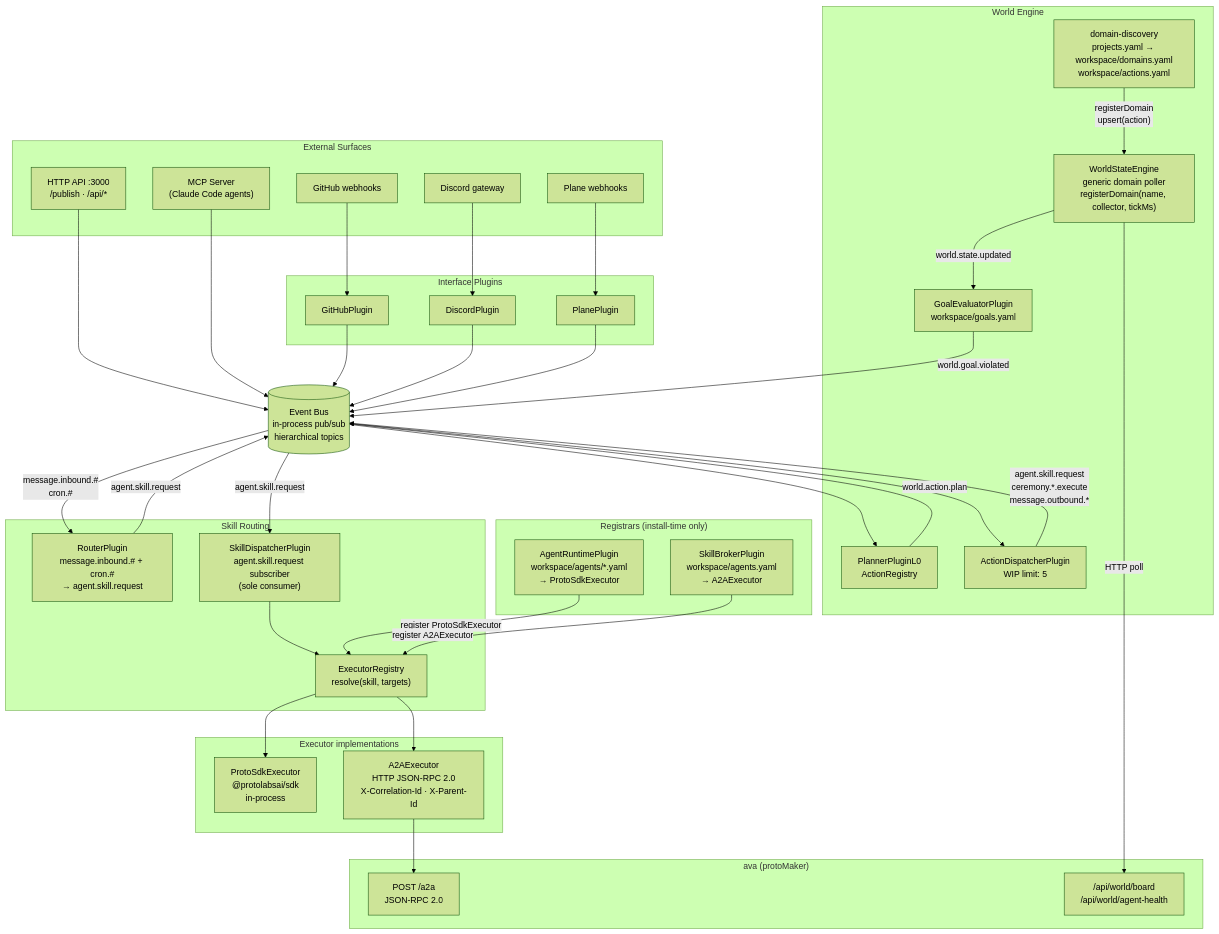
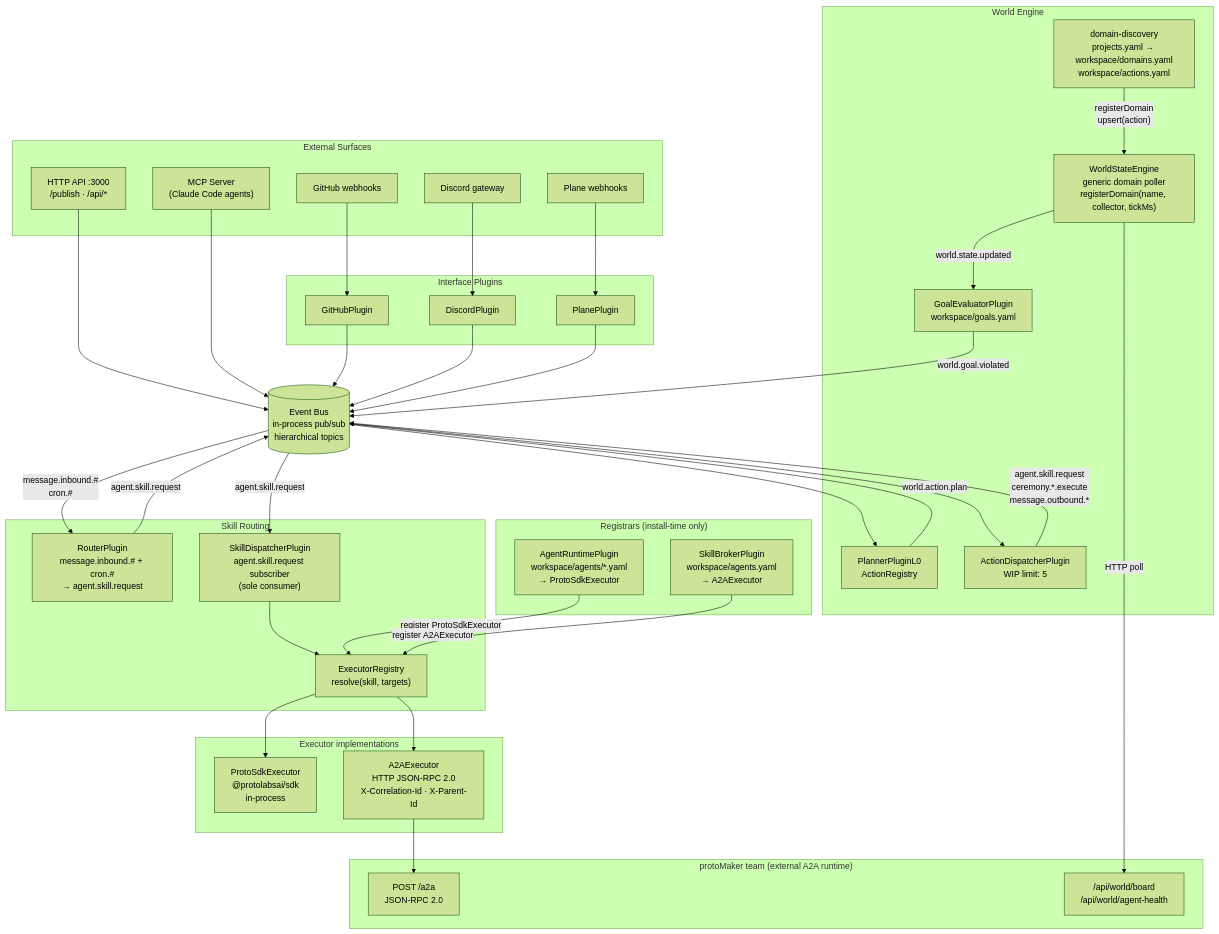
Before and after one commit to protoLabsAI/protoWorkstacean: the first of 2 diagrams in docs/explanation/architecture.md, drawn with Mermaid (forest theme). The commit also changed other lines of this file and 122 other files, not shown here.

````diff
--- a/docs/explanation/architecture.md
+++ b/docs/explanation/architecture.md
@@ -11,75 +11,75 @@
 ```mermaid
 flowchart TD
     subgraph Surfaces["External Surfaces"]
         GH[GitHub webhooks]
         DC[Discord gateway]
         PL[Plane webhooks]
         HTTP["HTTP API :3000\n/publish · /api/*"]
         MCP["MCP Server\n(Claude Code agents)"]
     end
 
     BUS[("Event Bus\nin-process pub/sub\nhierarchical topics")]
 
     subgraph Adapters["Interface Plugins"]
         GHP[GitHubPlugin]
         DCP[DiscordPlugin]
         PLP[PlanePlugin]
     end
 
     subgraph Routing["Skill Routing"]
         RTP["RouterPlugin\nmessage.inbound.# + cron.#\n→ agent.skill.request"]
         SDP["SkillDispatcherPlugin\nagent.skill.request subscriber\n(sole consumer)"]
         REG["ExecutorRegistry\nresolve(skill, targets)"]
     end
 
     subgraph Registrars["Registrars (install-time only)"]
         ART["AgentRuntimePlugin\nworkspace/agents/*.yaml\n→ ProtoSdkExecutor"]
         SKB["SkillBrokerPlugin\nworkspace/agents.yaml\n→ A2AExecutor"]
     end
 
     subgraph Executors["Executor implementations"]
         PSE["ProtoSdkExecutor\n@protolabsai/sdk\nin-process"]
         A2AE["A2AExecutor\nHTTP JSON-RPC 2.0\nX-Correlation-Id · X-Parent-Id"]
     end
 
     subgraph WorldEngine["World Engine"]
         WSE["WorldStateEngine\ngeneric domain poller\nregisterDomain(name, collector, tickMs)"]
         DD["domain-discovery\nprojects.yaml → workspace/domains.yaml\nworkspace/actions.yaml"]
         GEP["GoalEvaluatorPlugin\nworkspace/goals.yaml"]
         PL0["PlannerPluginL0\nActionRegistry"]
         ADP["ActionDispatcherPlugin\nWIP limit: 5"]
     end
 
-    subgraph Ava["ava (protoMaker)"]
-        AVA_A2A["POST /a2a\nJSON-RPC 2.0"]
-        AVA_WORLD["/api/world/board\n/api/world/agent-health"]
+    subgraph ProtoMakerTeam["protoMaker team (external A2A runtime)"]
+        PM_A2A["POST /a2a\nJSON-RPC 2.0"]
+        PM_WORLD["/api/world/board\n/api/world/agent-health"]
     end
 
     GH --> GHP
     DC --> DCP
     PL --> PLP
     HTTP --> BUS
     MCP --> BUS
 
     GHP & DCP & PLP --> BUS
 
     BUS -- "message.inbound.#\ncron.#" --> RTP
     RTP -- "agent.skill.request" --> BUS
     BUS -- "agent.skill.request" --> SDP
     SDP --> REG
     REG --> PSE & A2AE
 
     ART -- "register ProtoSdkExecutor" --> REG
     SKB -- "register A2AExecutor" --> REG
 
-    A2AE --> AVA_A2A
+    A2AE --> PM_A2A
 
     DD -- "registerDomain\nupsert(action)" --> WSE
-    WSE -- "HTTP poll" --> AVA_WORLD
+    WSE -- "HTTP poll" --> PM_WORLD
     WSE -- "world.state.updated" --> GEP
     GEP -- "world.goal.violated" --> BUS
     BUS --> PL0
     PL0 -- "world.action.plan" --> BUS
     BUS --> ADP
     ADP -- "agent.skill.request\nceremony.*.execute\nmessage.outbound.*" --> BUS
 ```
````
